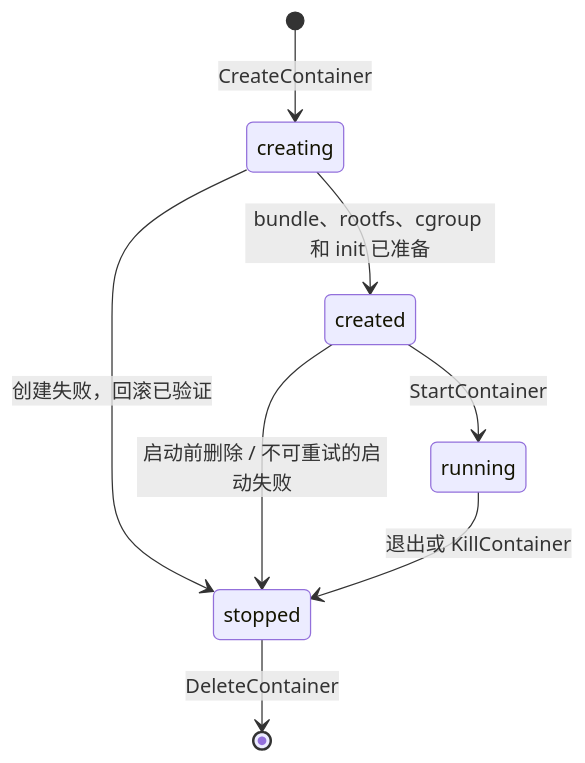
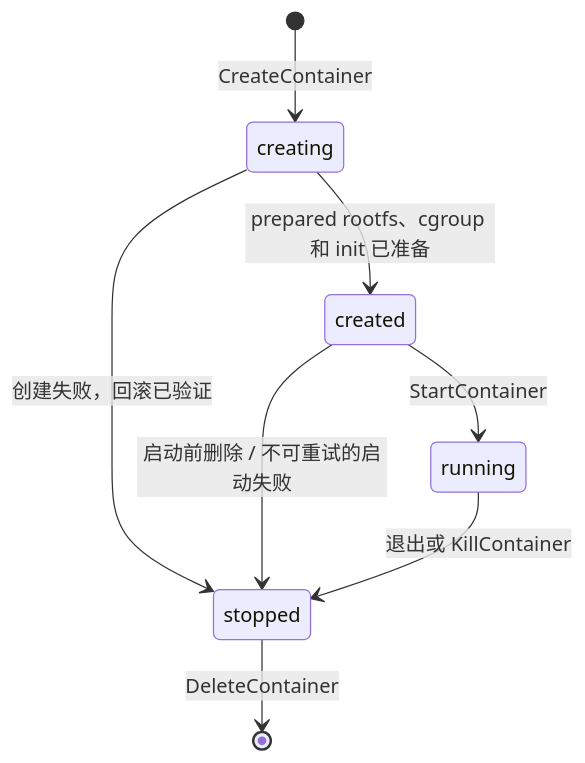
Before and after one commit to cont1nu1ty/mydocker: the fifth of 5 diagrams in docs/architecture.md, drawn with Mermaid. The commit also changed other lines of this file and 75 other files, not shown here.

````diff
--- a/docs/architecture.md
+++ b/docs/architecture.md
@@ -238,10 +304,10 @@
 ```mermaid
 stateDiagram-v2
     [*] --> creating: CreateContainer
-    creating --> created: bundle、rootfs、cgroup 和 init 已准备
+    creating --> created: prepared rootfs、cgroup 和 init 已准备
     creating --> stopped: 创建失败，回滚已验证
     created --> running: StartContainer
     created --> stopped: 启动前删除 / 不可重试的启动失败
     running --> stopped: 退出或 KillContainer
     stopped --> [*]: DeleteContainer
 ```
````
